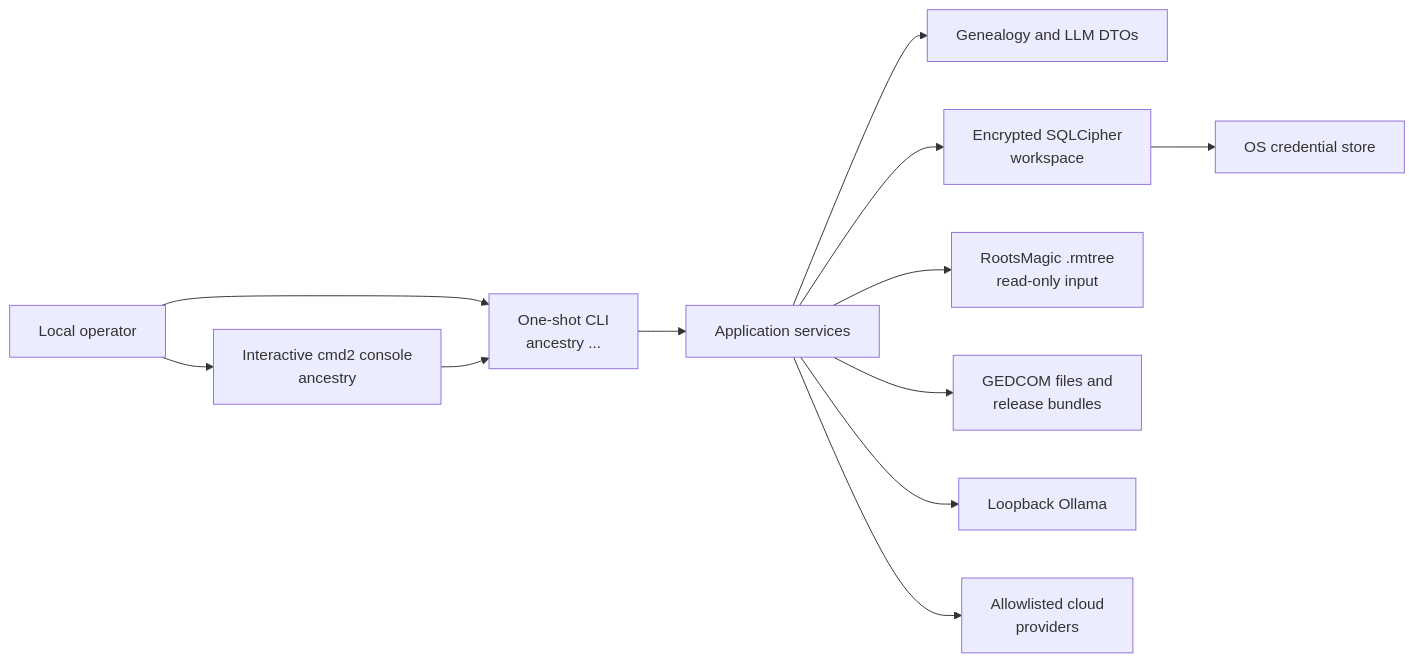
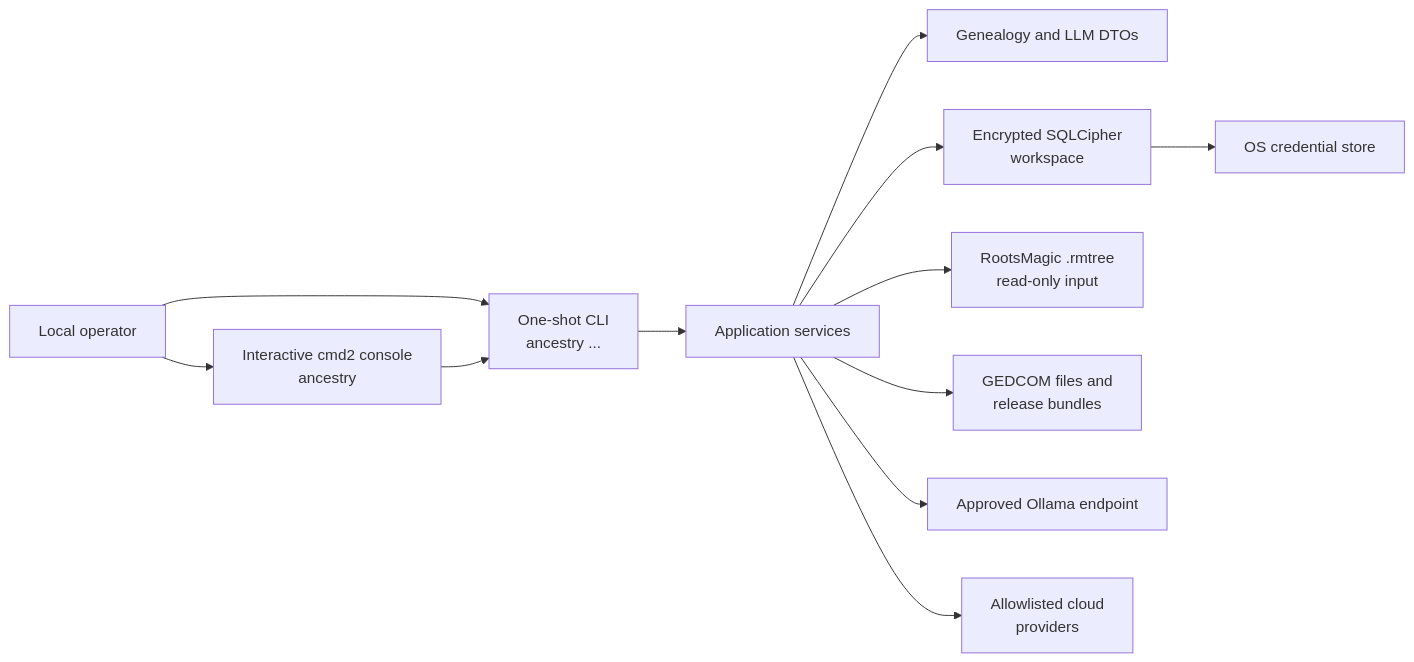
One commit to sodejm/AncestryLLM changed the first of 3 diagrams in ARCHITECTURE.md. Above: the diagram before and after it, drawn with Mermaid. The commit also changed other lines of this file and 36 other files, not shown here.

````diff
--- a/ARCHITECTURE.md
+++ b/ARCHITECTURE.md
@@ -48,26 +48,26 @@
 ```mermaid
 flowchart LR
     Operator["Local operator"]
     CLI["One-shot CLI\nancestry ..."]
     Console["Interactive cmd2 console\nancestry"]
     Services["Application services"]
     Domain["Genealogy and LLM DTOs"]
     Workspace["Encrypted SQLCipher\nworkspace"]
     Keyring["OS credential store"]
     RM["RootsMagic .rmtree\nread-only input"]
     GED["GEDCOM files and\nrelease bundles"]
-    LocalLLM["Loopback Ollama"]
+    LocalLLM["Approved Ollama endpoint"]
     Cloud["Allowlisted cloud\nproviders"]
 
     Operator --> CLI
     Operator --> Console
     CLI --> Services
     Console --> CLI
     Services --> Domain
     Services --> Workspace
     Workspace --> Keyring
     Services --> RM
     Services --> GED
     Services --> LocalLLM
     Services --> Cloud
 ```
````
